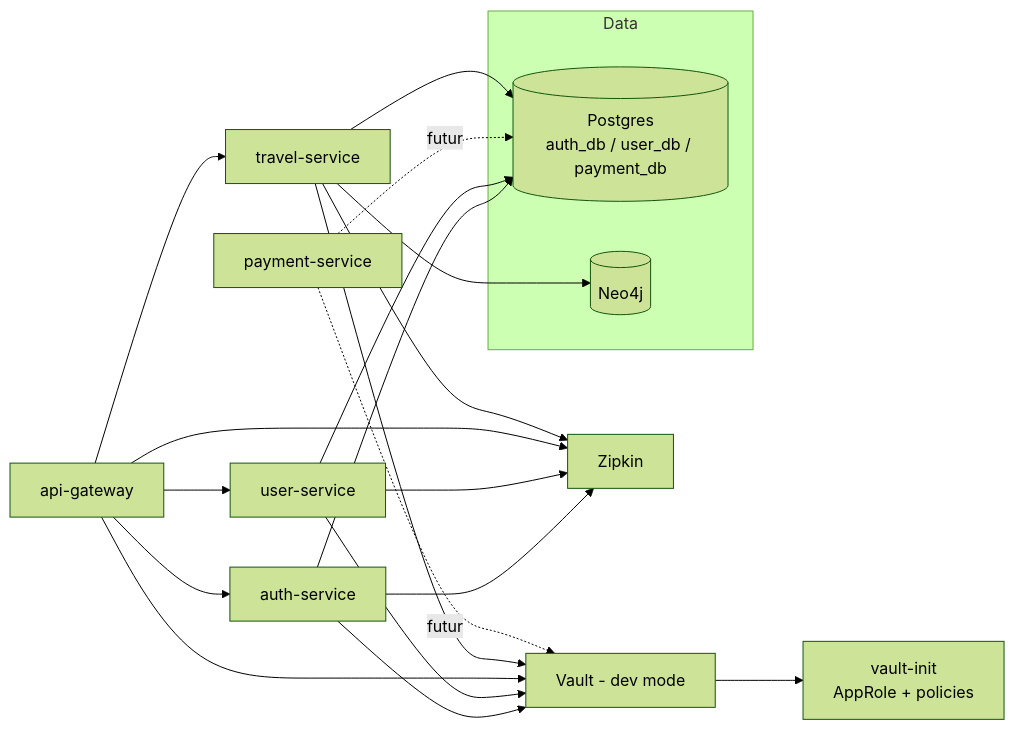
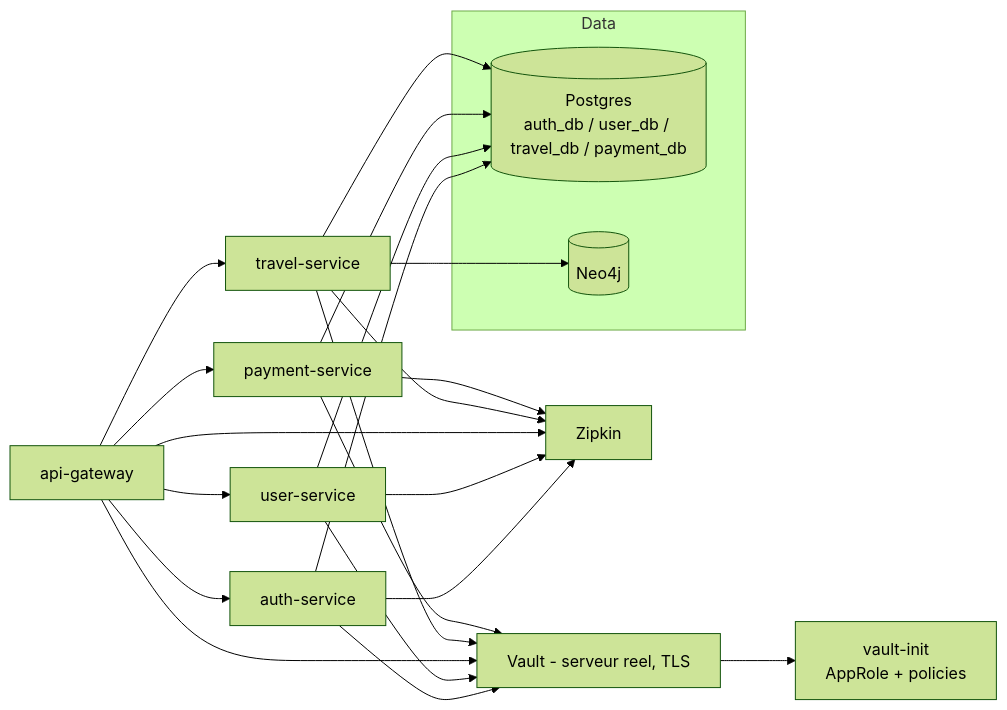
One commit to Dahreau/travel-plan changed the diagram in docs/02-app-infra.md. Above: the diagram before and after it, drawn with Mermaid (forest theme). The commit also changed other lines of this file and 2 other files, not shown here.

Commit message:
docs: update getting started and audit demo guide for Vault integration and security measures

````diff
--- a/docs/02-app-infra.md
+++ b/docs/02-app-infra.md
@@ -73,27 +73,29 @@
 ```mermaid
 flowchart LR
     subgraph Data
-        PG[(Postgres<br/>auth_db / user_db / payment_db)]
+        PG[(Postgres<br/>auth_db / user_db / travel_db / payment_db)]
         NEO[(Neo4j)]
     end
-    Vault[Vault - dev mode] --> VaultInit[vault-init<br/>AppRole + policies]
+    Vault[Vault - serveur reel, TLS] --> VaultInit[vault-init<br/>AppRole + policies]
     Zipkin[Zipkin]
 
     Gateway[api-gateway] --> AuthS
     Gateway --> UserS
     Gateway --> TravelS
+    Gateway --> PayS
     AuthS[auth-service] --> PG
     UserS[user-service] --> PG
-    PayS[payment-service] -.futur.-> PG
+    PayS[payment-service] --> PG
     TravelS[travel-service] --> PG
     TravelS --> NEO
     AuthS --> Vault
     UserS --> Vault
     Gateway --> Vault
     TravelS --> Vault
-    PayS -.futur.-> Vault
+    PayS --> Vault
     AuthS --> Zipkin
     UserS --> Zipkin
     Gateway --> Zipkin
     TravelS --> Zipkin
+    PayS --> Zipkin
 ```
````
